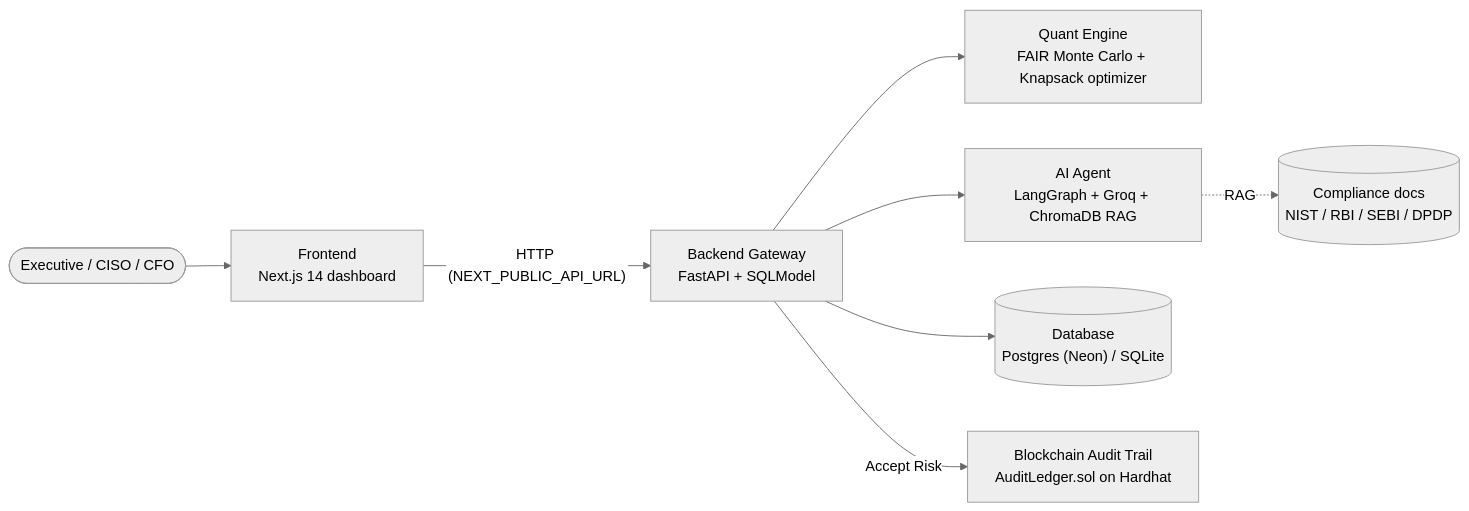
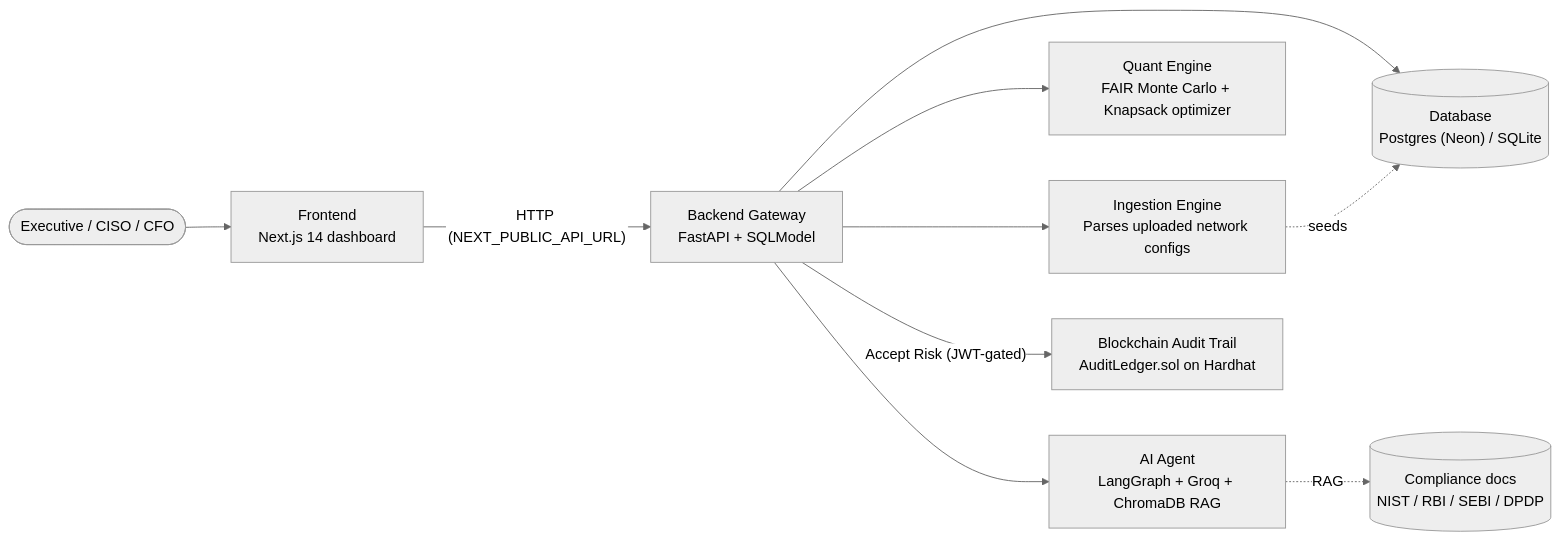
One commit to Sid-DudeD017/CRQ_Platform changed the diagram in README.md. Above: the diagram before and after it, drawn with Mermaid (neutral theme). The commit also changed other lines of this file and 1 other file, not shown here.

````diff
--- a/README.md
+++ b/README.md
@@ -9,12 +36,14 @@
 ```mermaid
 flowchart LR
     User(["Executive / CISO / CFO"]) --> FE["Frontend\nNext.js 14 dashboard"]
     FE -->|"HTTP (NEXT_PUBLIC_API_URL)"| BE["Backend Gateway\nFastAPI + SQLModel"]
 
+    BE --> ING["Ingestion Engine\nParses uploaded network configs"]
     BE --> QE["Quant Engine\nFAIR Monte Carlo + Knapsack optimizer"]
     BE --> AI["AI Agent\nLangGraph + Groq + ChromaDB RAG"]
     BE --> DB[("Database\nPostgres (Neon) / SQLite")]
-    BE -->|"Accept Risk"| BC["Blockchain Audit Trail\nAuditLedger.sol on Hardhat"]
+    BE -->|"Accept Risk (JWT-gated)"| BC["Blockchain Audit Trail\nAuditLedger.sol on Hardhat"]
 
     AI -.->|RAG| DOCS[("Compliance docs\nNIST / RBI / SEBI / DPDP")]
+    ING -.->|"seeds"| DB
 ```
````
